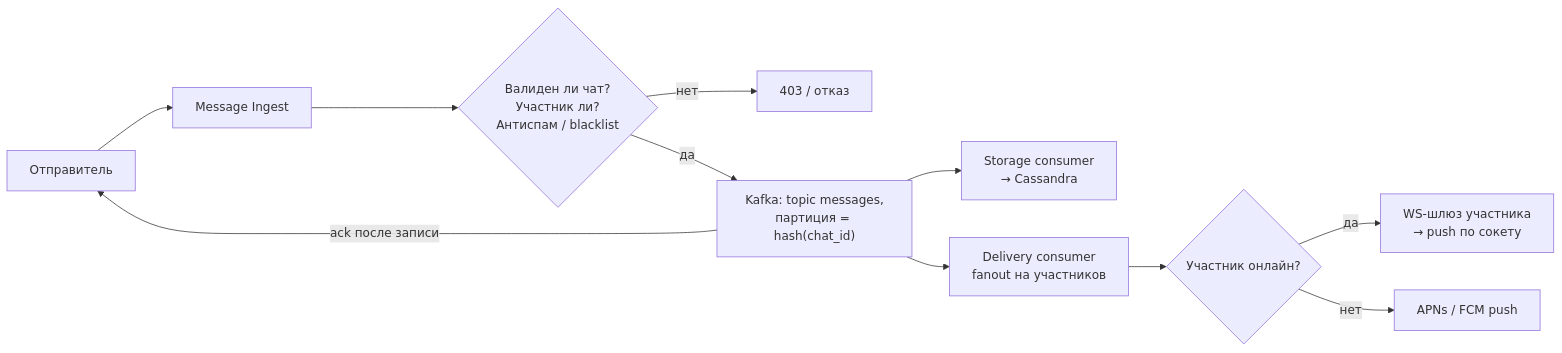
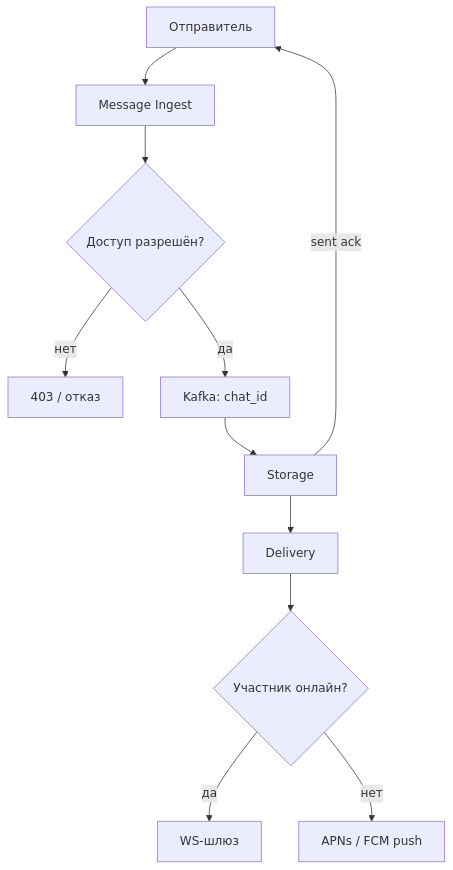
Before and after one commit to AlohaJava/system-design-interview-chamkin: the sixth of 6 diagrams in 02-case-studies/chat-messenger.md, drawn with Mermaid. The commit also changed other lines of this file and 49 other files, not shown here.

````diff
--- a/02-case-studies/chat-messenger.md
+++ b/02-case-studies/chat-messenger.md
@@ -341,13 +326,13 @@
 ```mermaid
-flowchart LR
+flowchart TD
     A["Отправитель"] --> ING["Message Ingest"]
-    ING --> CHK{"Валиден ли чат?<br/>Участник ли?<br/>Антиспам / blacklist"}
+    ING --> CHK{"Доступ разрешён?"}
     CHK -- нет --> REJ["403 / отказ"]
-    CHK -- да --> K["Kafka: topic messages,<br/>партиция = hash(chat_id)"]
-    K -->|ack после записи| A
-    K --> ST["Storage consumer<br/>→ Cassandra"]
-    K --> DEL["Delivery consumer<br/>fanout на участников"]
+    CHK -- да --> K["Kafka: chat_id"]
+    K --> ST["Storage"]
+    ST -->|sent ack| A
+    ST --> DEL["Delivery"]
     DEL --> ON{"Участник онлайн?"}
-    ON -- да --> GW["WS-шлюз участника<br/>→ push по сокету"]
+    ON -- да --> GW["WS-шлюз"]
     ON -- нет --> PS["APNs / FCM push"]
 ```
````
